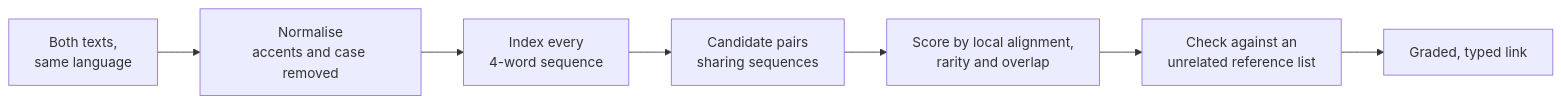
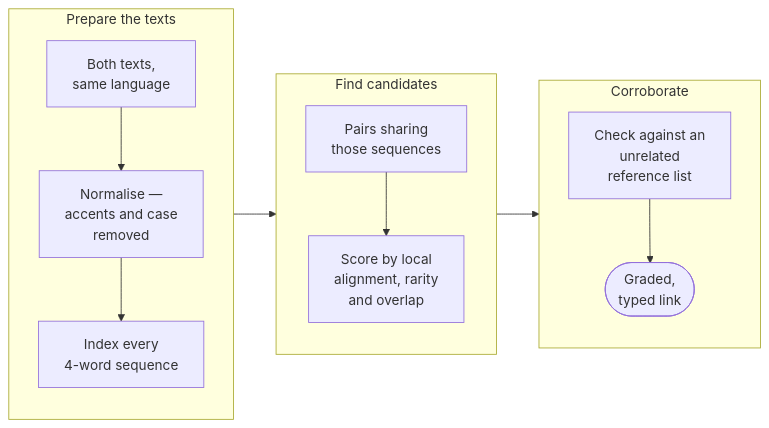
Before and after one commit to ding0t/bible_studies: the second of 2 diagrams in docs/content/about/how-we-cross-reference.md, drawn with Mermaid. The commit also changed 8 other files, not shown here.

````diff
--- a/docs/content/about/how-we-cross-reference.md
+++ b/docs/content/about/how-we-cross-reference.md
@@ -79,9 +79,23 @@
 ```mermaid
 flowchart LR
-    A["Both texts,<br/>same language"] --> B["Normalise<br/>accents and case removed"]
-    B --> C["Index every<br/>4-word sequence"]
-    C --> D["Candidate pairs<br/>sharing sequences"]
-    D --> E["Score by local alignment,<br/>rarity and overlap"]
-    E --> F["Check against an<br/>unrelated reference list"]
-    F --> G["Graded, typed link"]
+    subgraph prep["Prepare the texts"]
+      direction TB
+      A["Both texts,<br/>same language"]
+      B["Normalise —<br/>accents and case<br/>removed"]
+      C["Index every<br/>4-word sequence"]
+      A --> B --> C
+    end
+    subgraph match["Find candidates"]
+      direction TB
+      D["Pairs sharing<br/>those sequences"]
+      E["Score by local<br/>alignment, rarity<br/>and overlap"]
+      D --> E
+    end
+    subgraph check["Corroborate"]
+      direction TB
+      F["Check against an<br/>unrelated<br/>reference list"]
+      G(["Graded,<br/>typed link"])
+      F --> G
+    end
+    prep --> match --> check
 ```
````
